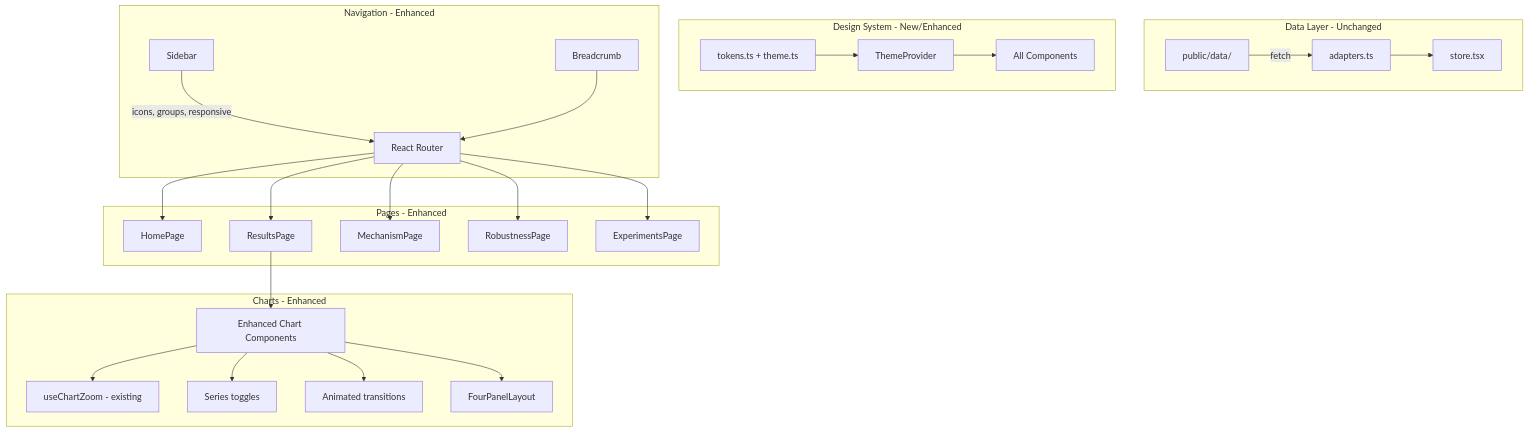
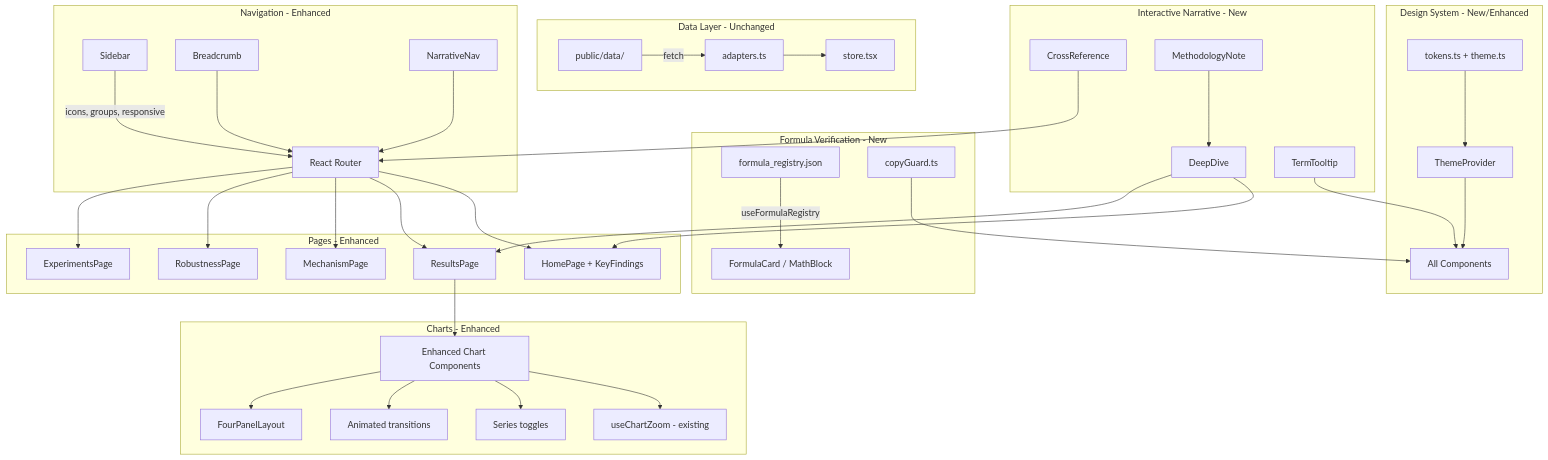
Before and after one commit to nastiacatta/masters: the second of 3 diagrams in .kiro/specs/dashboard-ui-redesign/design.md, drawn with Mermaid. The commit also changed other lines of this file and 9 other files, not shown here.

````diff
--- a/.kiro/specs/dashboard-ui-redesign/design.md
+++ b/.kiro/specs/dashboard-ui-redesign/design.md
@@ -60,29 +70,41 @@
 ```mermaid
 graph TD
     subgraph Data Layer - Unchanged
         A[public/data/] -->|fetch| B[adapters.ts]
         B --> C[store.tsx]
     end
     subgraph Design System - New/Enhanced
         DS[tokens.ts + theme.ts] --> TH[ThemeProvider]
         TH --> ALL[All Components]
     end
+    subgraph Formula Verification - New
+        FR[formula_registry.json] -->|useFormulaRegistry| FC[FormulaCard / MathBlock]
+        CG[copyGuard.ts] --> ALL
+    end
     subgraph Navigation - Enhanced
         S[Sidebar] -->|icons, groups, responsive| NAV[React Router]
         BC[Breadcrumb] --> NAV
+        NN[NarrativeNav] --> NAV
     end
     subgraph Pages - Enhanced
-        NAV --> P1[HomePage]
+        NAV --> P1[HomePage + KeyFindings]
         NAV --> P2[ResultsPage]
         NAV --> P3[MechanismPage]
         NAV --> P4[RobustnessPage]
         NAV --> P5[ExperimentsPage]
     end
     subgraph Charts - Enhanced
         P2 --> CH[Enhanced Chart Components]
         CH --> ZM[useChartZoom - existing]
         CH --> TG[Series toggles]
         CH --> AN[Animated transitions]
         CH --> FP[FourPanelLayout]
     end
+    subgraph Interactive Narrative - New
+        DD[DeepDive] --> P1
+        DD --> P2
+        TT[TermTooltip] --> ALL
+        CR[CrossReference] --> NAV
+        MN[MethodologyNote] --> DD
+    end
 ```
````
